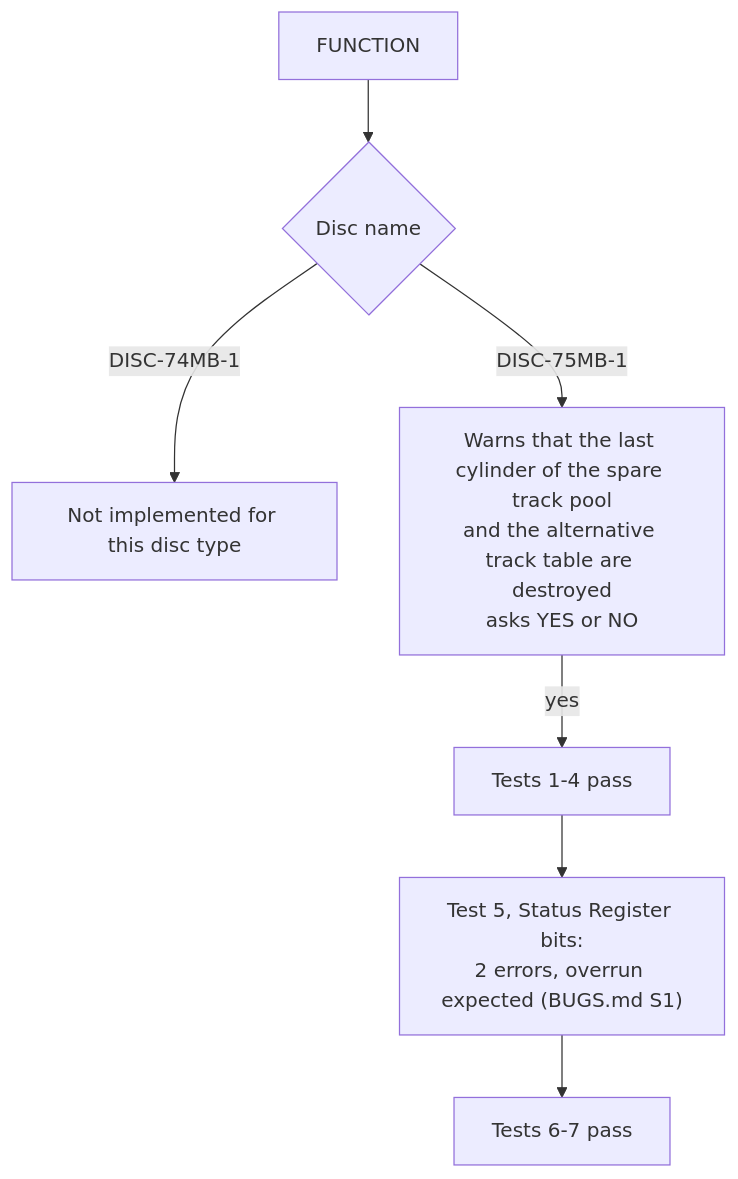
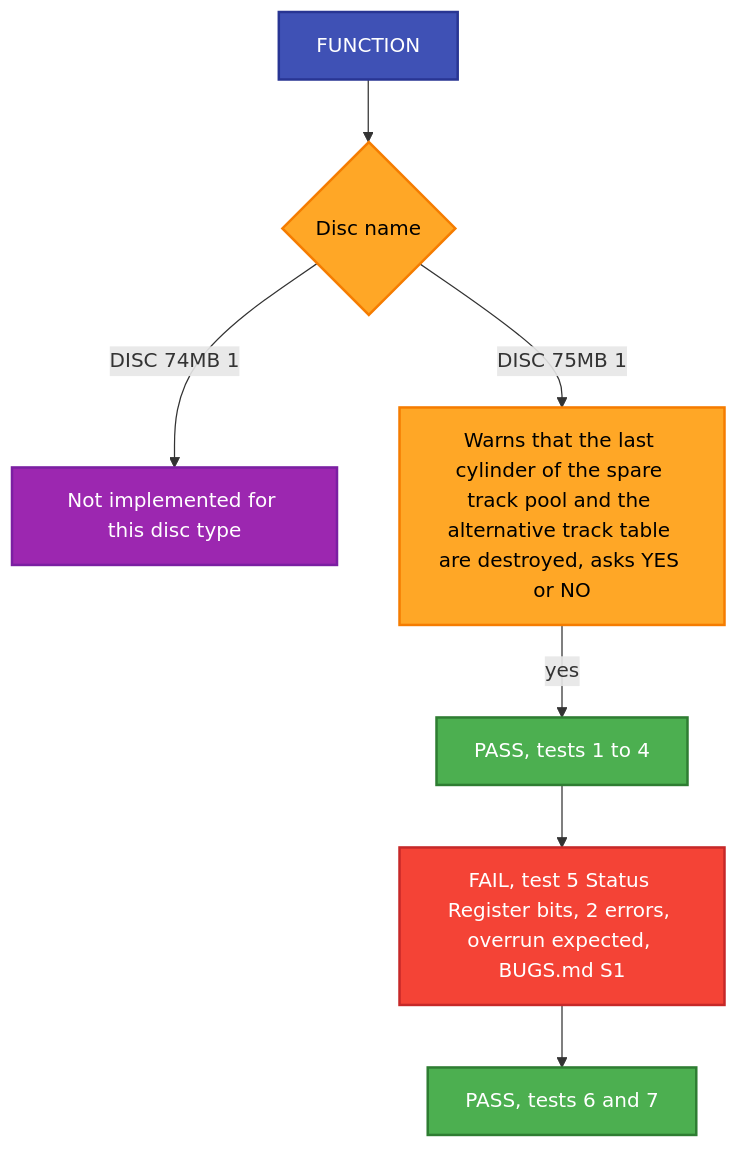
Before and after one commit to RetroCoreLabs/nd100x: the fifth of 5 diagrams in docs/DISC-TEMA-TESTING.md, drawn with Mermaid. The commit also changed other lines of this file and 1 other file, not shown here.

First line of the commit message:
DISC-TEMA document: contents on top, grouped sections, readable everywhere

````diff
--- a/docs/DISC-TEMA-TESTING.md
+++ b/docs/DISC-TEMA-TESTING.md
@@ -605,9 +648,21 @@
 ```mermaid
 flowchart TD
   F["FUNCTION"] --> D{"Disc name"}
-  D -- "DISC-74MB-1" --> NI["Not implemented for this disc type"]
-  D -- "DISC-75MB-1" --> Q["Warns that the last cylinder of the spare track pool<br/>and the alternative track table are destroyed<br/>asks YES or NO"]
-  Q -- "yes" --> T1["Tests 1-4 pass"]
-  T1 --> T5["Test 5, Status Register bits:<br/>2 errors, overrun expected (BUGS.md S1)"]
-  T5 --> T6["Tests 6-7 pass"]
+  D -->|"DISC 74MB 1"| NI["Not implemented for this disc type"]
+  D -->|"DISC 75MB 1"| Q["Warns that the last cylinder of the spare track pool and the alternative track table are destroyed, asks YES or NO"]
+  Q -->|"yes"| T1["PASS, tests 1 to 4"]
+  T1 --> T5["FAIL, test 5 Status Register bits, 2 errors, overrun expected, BUGS.md S1"]
+  T5 --> T6["PASS, tests 6 and 7"]
+  classDef program fill:#3F51B5,stroke:#283593,stroke-width:2px,color:#fff
+  classDef smd fill:#2196F3,stroke:#1565C0,stroke-width:2px,color:#fff
+  classDef wd fill:#9C27B0,stroke:#7B1FA2,stroke-width:2px,color:#fff
+  classDef data fill:#009688,stroke:#00695C,stroke-width:2px,color:#fff
+  classDef decide fill:#FFA726,stroke:#F57C00,stroke-width:2px,color:#000
+  classDef pass fill:#4CAF50,stroke:#2E7D32,stroke-width:2px,color:#fff
+  classDef fail fill:#F44336,stroke:#C62828,stroke-width:2px,color:#fff
+  class F program
+  class D,Q decide
+  class NI wd
+  class T1,T6 pass
+  class T5 fail
 ```
````
